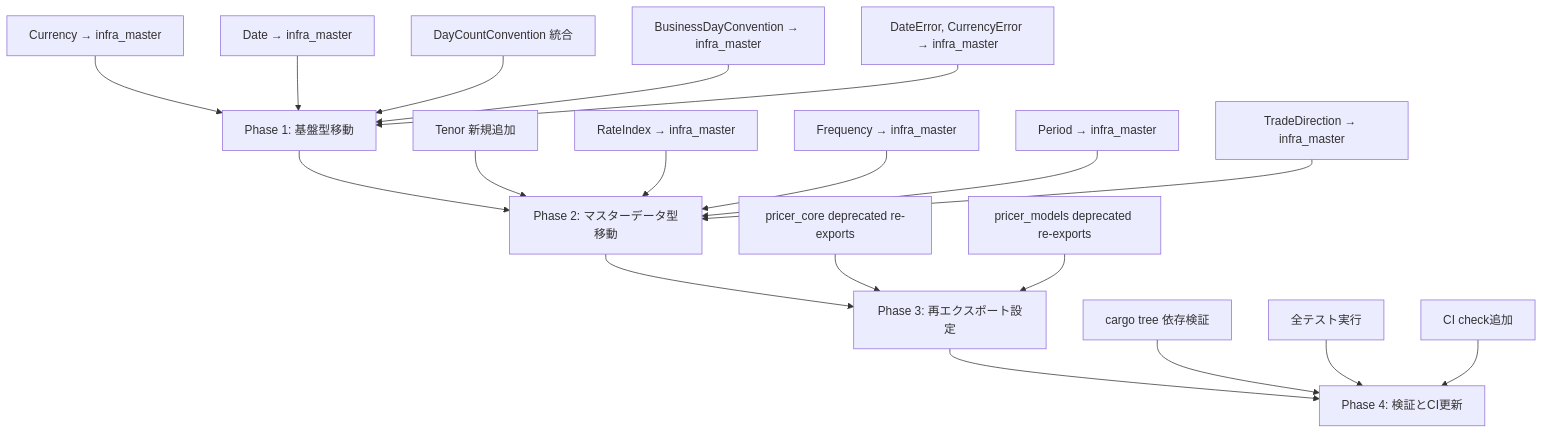
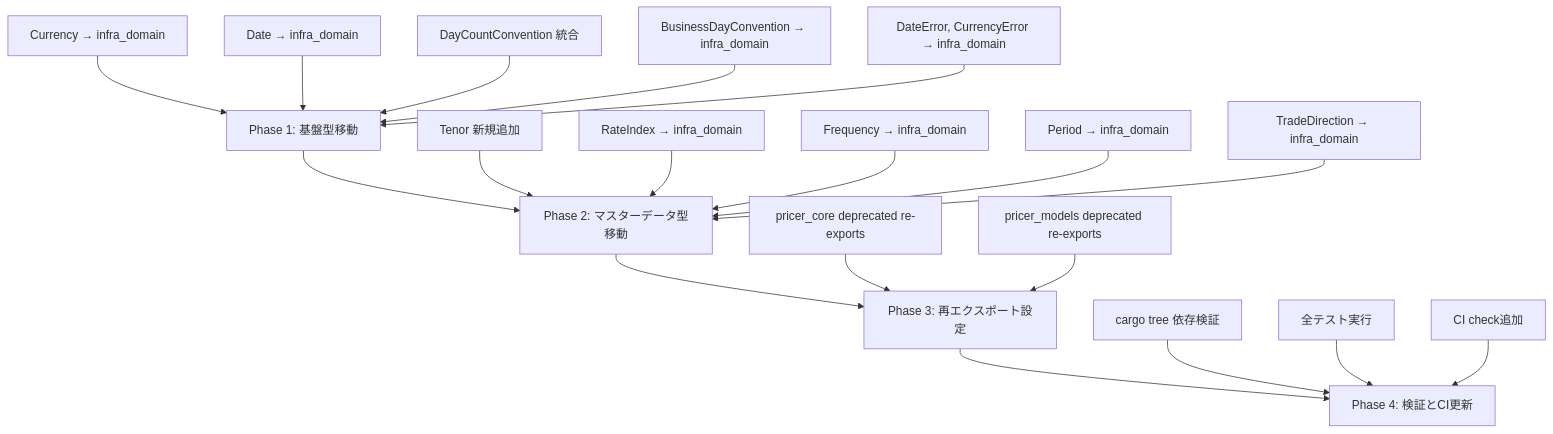
The fourth of 4 diagrams in .kiro/specs/infra-primitives-migration/design.md (neutryx-lab/neutryx-rust), drawn with Mermaid before and after one commit. The commit also changed other lines of this file and 303 other files, not shown here.

First line of the commit message:
Refactor imports from `infra_master` to `infra_domain`

````diff
--- a/.kiro/specs/infra-primitives-migration/design.md
+++ b/.kiro/specs/infra-primitives-migration/design.md
@@ -771,25 +771,25 @@
 ```mermaid
 flowchart TD
     A[Phase 1: 基盤型移動] --> B[Phase 2: マスターデータ型移動]
     B --> C[Phase 3: 再エクスポート設定]
     C --> D[Phase 4: 検証とCI更新]
 
-    A1[Currency → infra_master] --> A
-    A2[Date → infra_master] --> A
+    A1[Currency → infra_domain] --> A
+    A2[Date → infra_domain] --> A
     A3[DayCountConvention 統合] --> A
-    A4[BusinessDayConvention → infra_master] --> A
-    A5[DateError, CurrencyError → infra_master] --> A
+    A4[BusinessDayConvention → infra_domain] --> A
+    A5[DateError, CurrencyError → infra_domain] --> A
 
     B1[Tenor 新規追加] --> B
-    B2[RateIndex → infra_master] --> B
-    B3[Frequency → infra_master] --> B
-    B4[Period → infra_master] --> B
-    B5[TradeDirection → infra_master] --> B
+    B2[RateIndex → infra_domain] --> B
+    B3[Frequency → infra_domain] --> B
+    B4[Period → infra_domain] --> B
+    B5[TradeDirection → infra_domain] --> B
 
     C1[pricer_core deprecated re-exports] --> C
     C2[pricer_models deprecated re-exports] --> C
 
     D1[cargo tree 依存検証] --> D
     D2[全テスト実行] --> D
     D3[CI check追加] --> D
 ```
````
